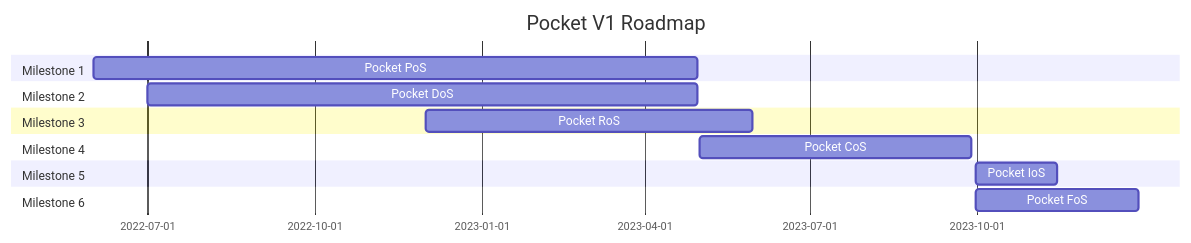
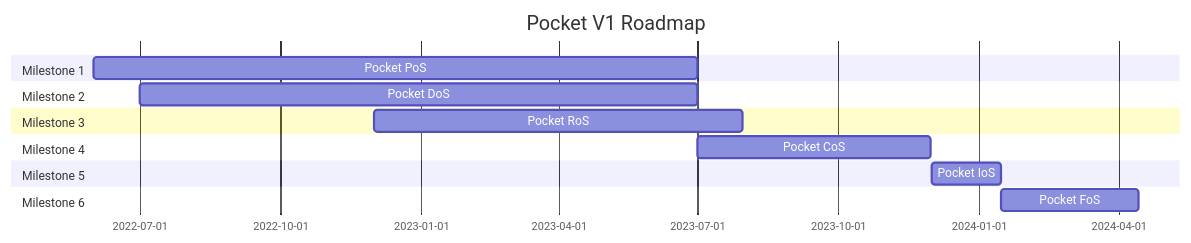
One commit to pokt-network/pocket changed the diagram in docs/roadmap/README.md. Above: the diagram before and after it, drawn with Mermaid. The commit also changed other lines of this file, not shown here.

Commit message:
Update V1 Roadmap Timelines
- Testnet delivery pushed back 2 months (May to July 2023)
- All other timelines pushed back accordingly
- "Last Updated" date updated to today
- Fixed minor issue with "M4" (was not hyperlinked to Milestones)

````diff
--- a/docs/roadmap/README.md
+++ b/docs/roadmap/README.md
@@ -23,17 +23,17 @@
 ```mermaid
 gantt
     title Pocket V1 Roadmap
     dateFormat  YYYY-MM-DD
     section Milestone 1
-        Pocket PoS       :a1, 2022-06-01, 333d
+      Pocket PoS       :a1, 2022-06-01, 395d
     section Milestone 2
-        Pocket DoS       :a1, 2022-07-01, 303d
+        Pocket DoS       :a1, 2022-07-01, 365d
     section Milestone 3
-        Pocket RoS       :a1, 2022-12-01, 180d
+        Pocket RoS       :a1, 2022-12-01, 241d
     section Milestone 4
-        Pocket CoS       :a1, 2023-05-01, 150d
+        Pocket CoS       :a1, 2023-07-01, 152d
     section Milestone 5
-        Pocket IoS       :a1, 2023-09-30, 45d
+        Pocket IoS       :a1, 2023-12-01, 45d
     section Milestone 6
-        Pocket FoS       :a1, 2023-09-30, 90d
+        Pocket FoS       :a1, 2024-01-15, 90d
 ```
````
